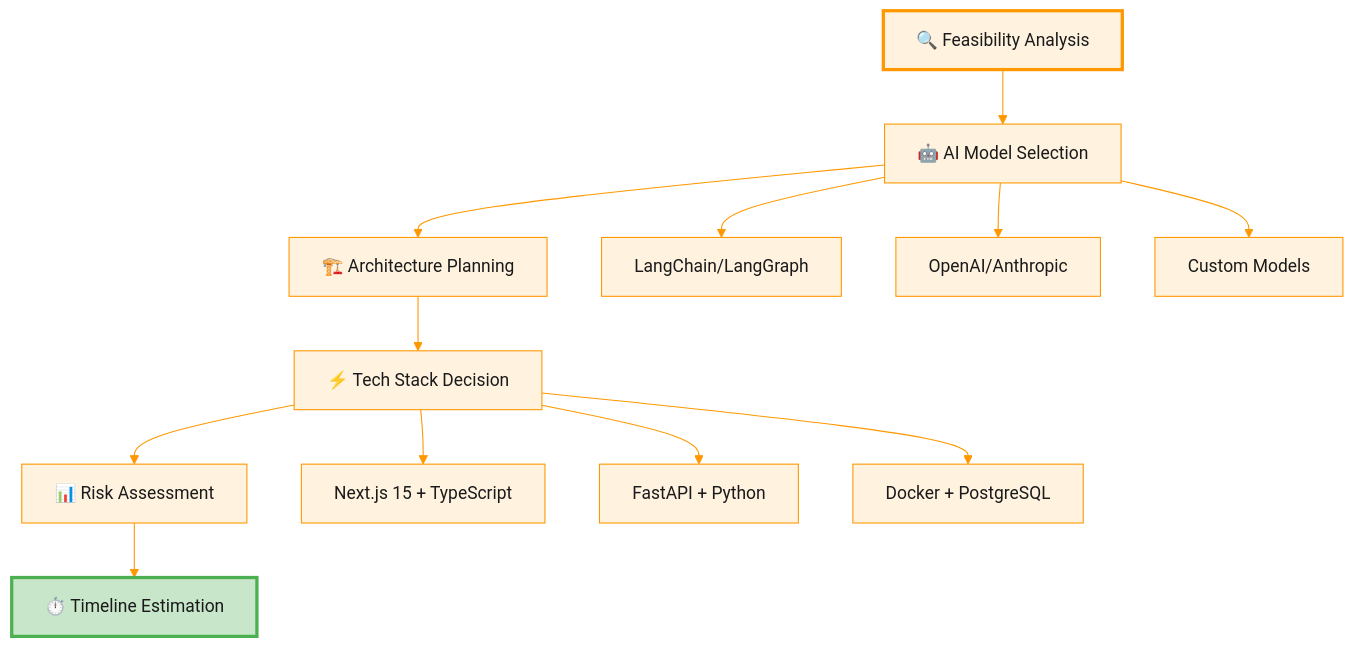
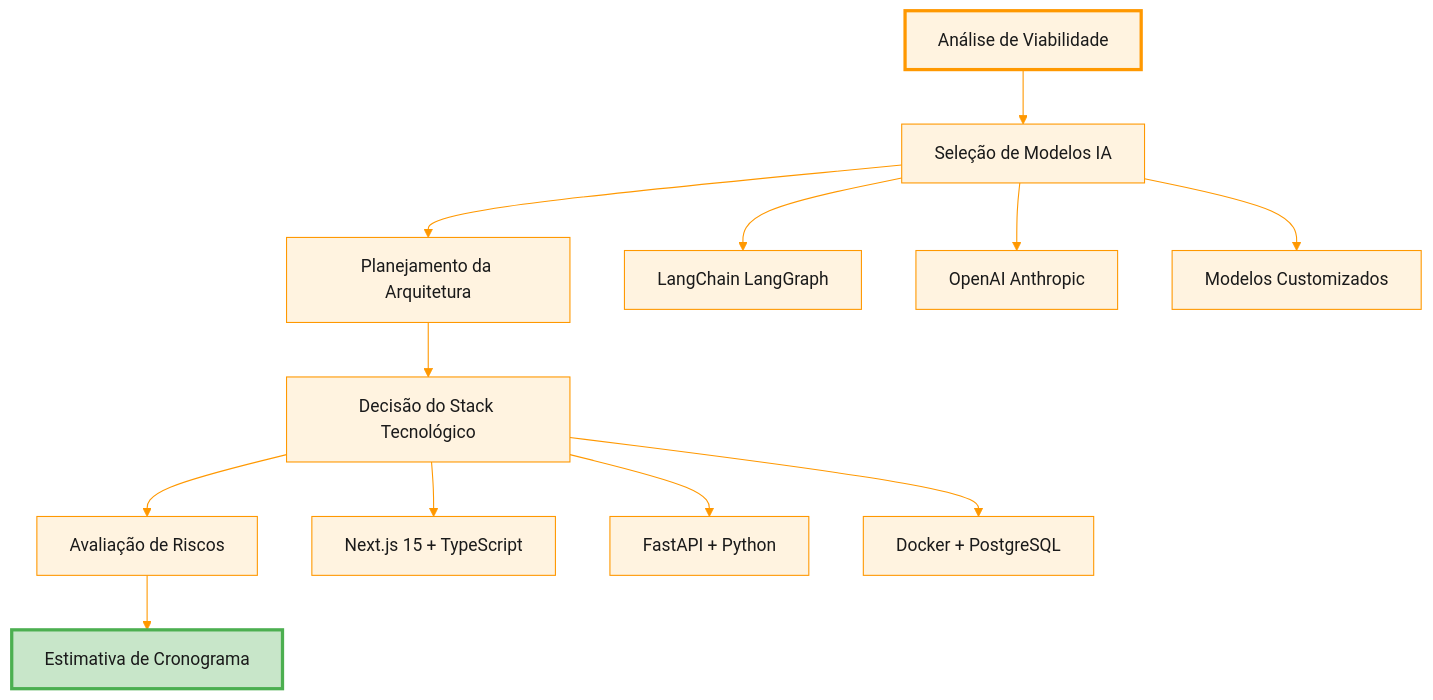
Before and after one commit to solanisdev/solar: the fifth of 20 diagrams in README.md, drawn with Mermaid. The commit also changed other lines of this file, not shown here.

````diff
--- a/README.md
+++ b/README.md
@@ -191,20 +187,20 @@
 ```mermaid
 %%{init: {'theme':'base', 'themeVariables': {'primaryColor':'#FFF3E0','primaryTextColor':'#1a1a1a','primaryBorderColor':'#FF9800','lineColor':'#FF9800','secondaryColor':'#FFCC02','tertiaryColor':'#FFE082'}}}%%
 graph TD
-    A[🔍 Feasibility Analysis] --> B[🤖 AI Model Selection]
-    B --> C[🏗️ Architecture Planning]
-    C --> D[⚡ Tech Stack Decision]
-    D --> E[📊 Risk Assessment]
-    E --> F[⏱️ Timeline Estimation]
+    A[Análise de Viabilidade] --> B[Seleção de Modelos IA]
+    B --> C[Planejamento da Arquitetura]
+    C --> D[Decisão do Stack Tecnológico]
+    D --> E[Avaliação de Riscos]
+    E --> F[Estimativa de Cronograma]
     
-    B --> B1[LangChain/LangGraph]
-    B --> B2[OpenAI/Anthropic]
-    B --> B3[Custom Models]
+    B --> B1[LangChain LangGraph]
+    B --> B2[OpenAI Anthropic]
+    B --> B3[Modelos Customizados]
     
     D --> D1[Next.js 15 + TypeScript]
     D --> D2[FastAPI + Python]
     D --> D3[Docker + PostgreSQL]
     
     style A fill:#FFF3E0,stroke:#FF9800,stroke-width:3px
     style F fill:#C8E6C9,stroke:#4CAF50,stroke-width:3px
 ```
````
